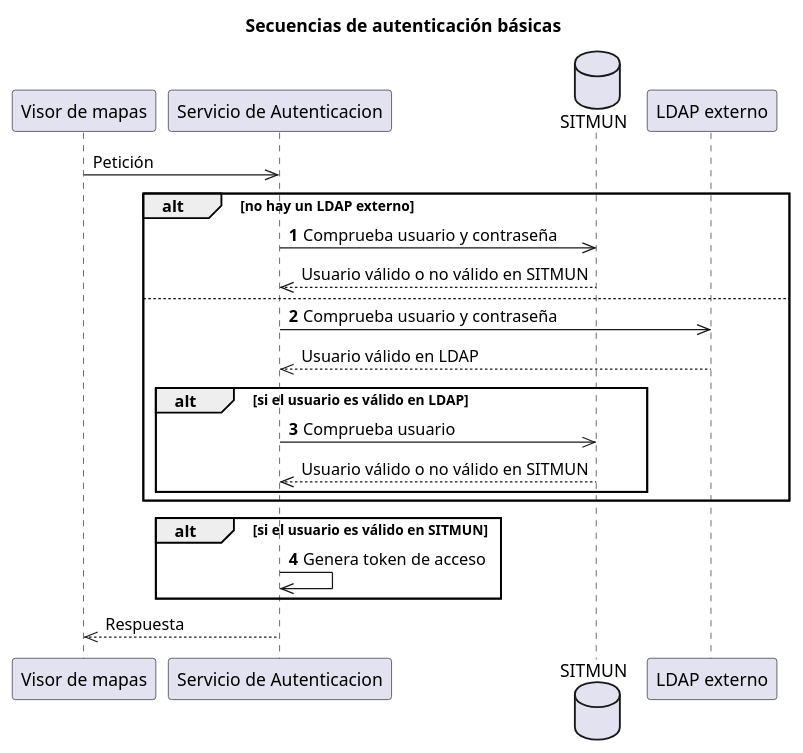
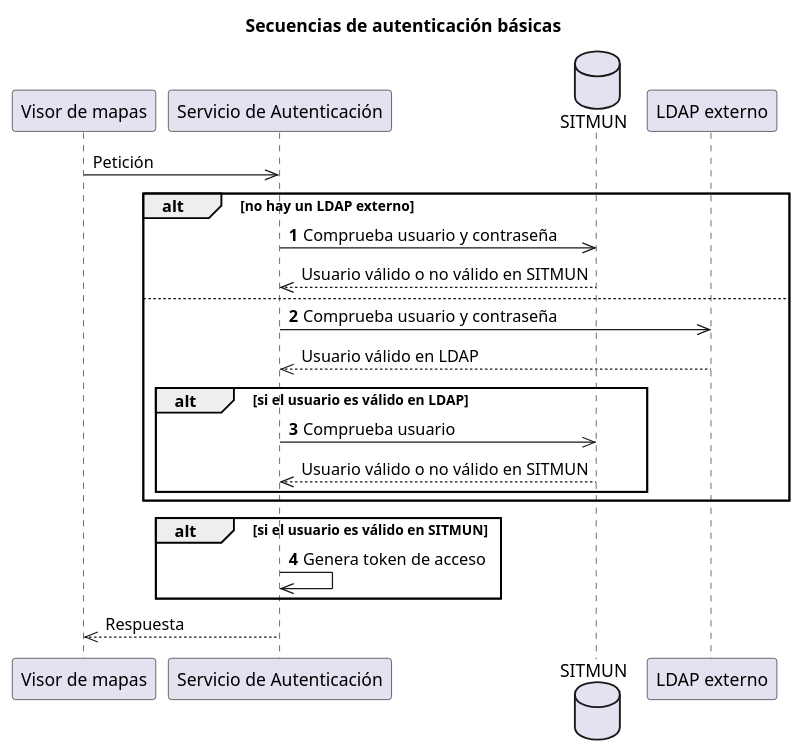
One commit to sitmun/sitmun.github.io changed the first of 2 diagrams in docs/design.md. Above: the diagram before and after it, drawn with PlantUML. The commit also changed other lines of this file, not shown here.

````diff
--- a/docs/design.md
+++ b/docs/design.md
@@ -17,42 +20,42 @@
 ```plantuml
 @startuml
 title
     Secuencias de autenticación básicas
 end title
 participant "Visor de mapas" as Client
-participant "Servicio de Autenticacion" as Auth
+participant "Servicio de Autenticación" as Auth
 database "SITMUN" as DB
 participant "LDAP externo" as LDAP
 
 Client->>Auth: Petición
 
 alt no hay un LDAP externo
 
     autonumber
     Auth->>DB: Comprueba usuario y contraseña
     autonumber stop
     DB-->>Auth: Usuario válido o no válido en SITMUN
 
 else
 
     autonumber resume
     Auth->>LDAP: Comprueba usuario y contraseña
     autonumber stop
     LDAP-->>Auth: Usuario válido en LDAP
 
     alt si el usuario es válido en LDAP
         autonumber resume
         Auth->>DB: Comprueba usuario
         autonumber stop
         DB-->>Auth: Usuario válido o no válido en SITMUN
     end
 
 end
 alt si el usuario es válido en SITMUN
     autonumber resume
     Auth->>Auth: Genera token de acceso
     autonumber stop
 end
 Auth-->>Client: Respuesta
 @enduml
 ```
````
